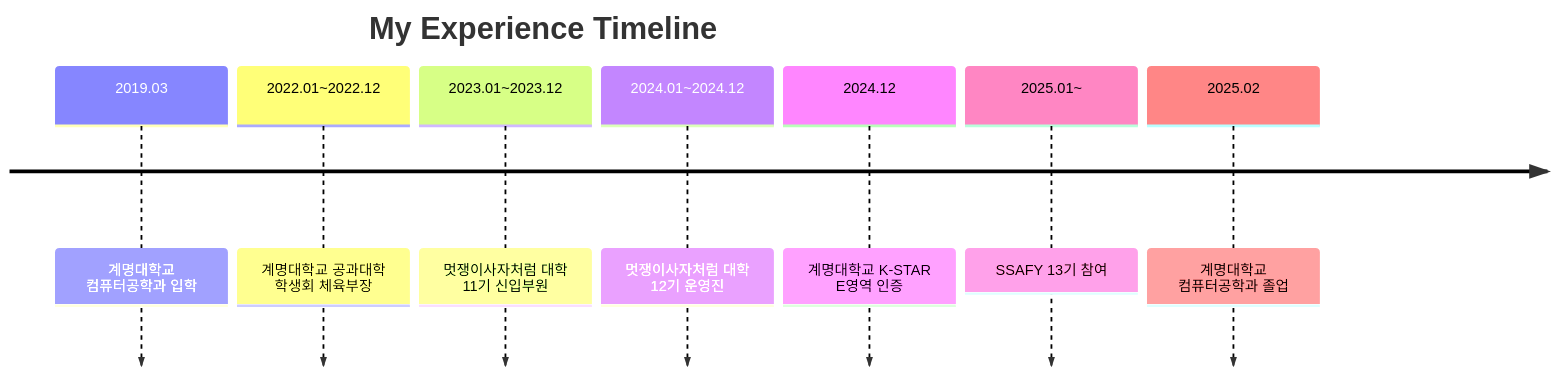
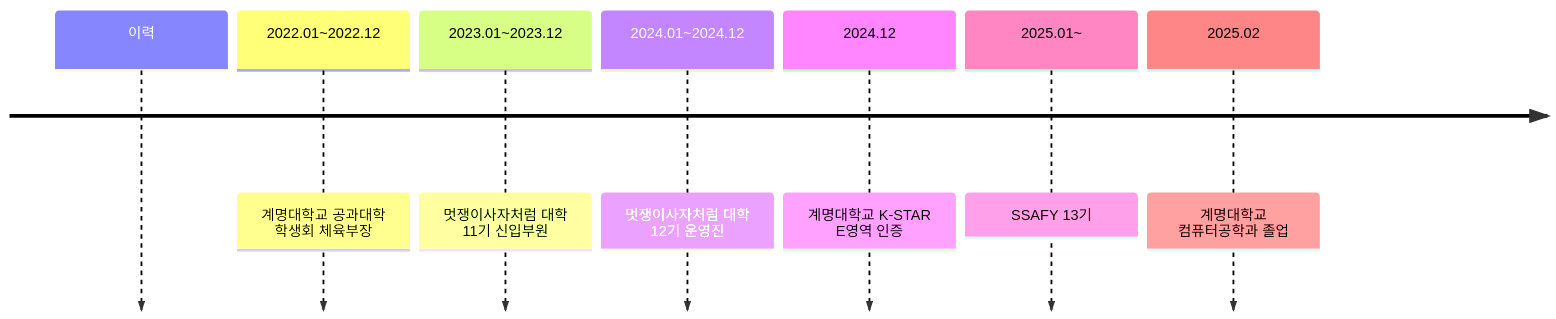
Before and after one commit to l0o0lv/l0o0lv: the diagram in README.md, drawn with Mermaid. The commit also changed other lines of this file, not shown here.

````diff
--- a/README.md
+++ b/README.md
@@ -13,11 +13,10 @@
 ```mermaid
 timeline
-    title My Experience Timeline
-    2019.03 : 계명대학교 컴퓨터공학과 입학
+    이력
     2022.01~2022.12 : 계명대학교 공과대학 학생회 체육부장
     2023.01~2023.12 : 멋쟁이사자처럼 대학 11기 신입부원
     2024.01~2024.12 : 멋쟁이사자처럼 대학 12기 운영진
     2024.12 : 계명대학교 K-STAR E영역 인증
-    2025.01~ : SSAFY 13기 참여
+    2025.01~ : SSAFY 13기
     2025.02 : 계명대학교 컴퓨터공학과 졸업
 ```
````
